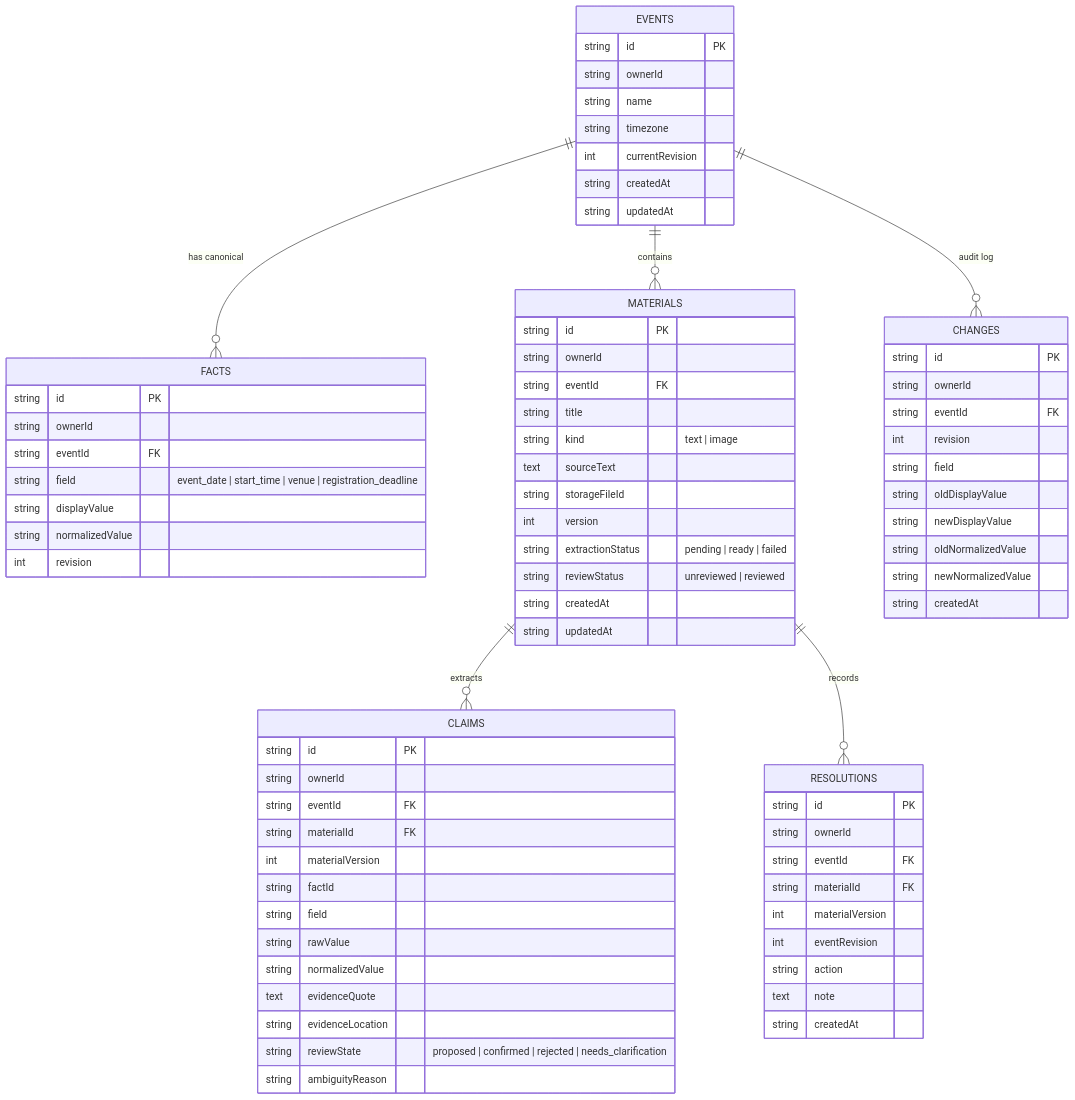
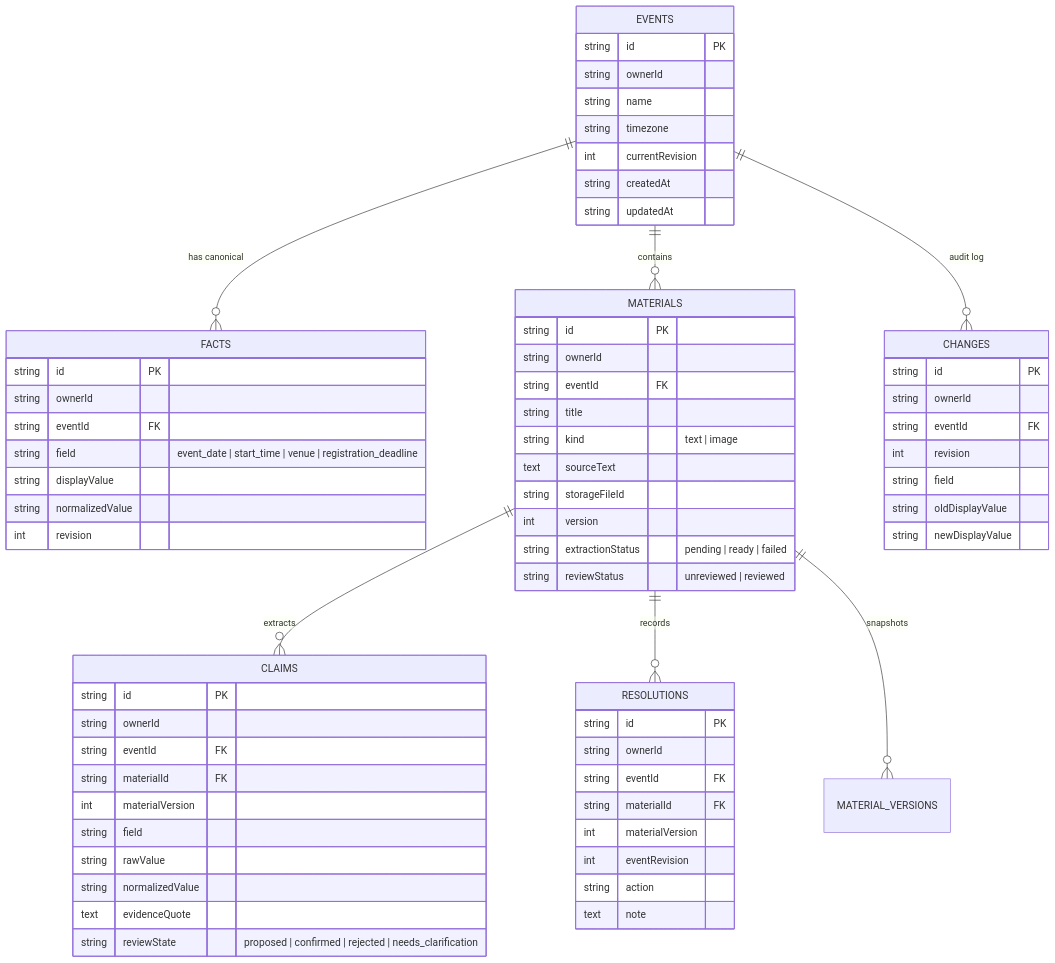
The diagram in README.md (soh4mpawar/ripple-hackathon), drawn with Mermaid before and after one commit. The commit also changed other lines of this file and 8 other files, not shown here.

````diff
--- a/README.md
+++ b/README.md
@@ -53,6 +60,7 @@
     EVENTS ||--o{ CHANGES : "audit log"
     MATERIALS ||--o{ CLAIMS : "extracts"
     MATERIALS ||--o{ RESOLUTIONS : "records"
+    MATERIALS ||--o{ MATERIAL_VERSIONS : "snapshots"
 
     EVENTS {
         string id PK
@@ -85,8 +93,6 @@
         int version
         string extractionStatus "pending | ready | failed"
         string reviewStatus "unreviewed | reviewed"
-        string createdAt
-        string updatedAt
     }
 
     CLAIMS {
@@ -95,14 +101,11 @@
         string eventId FK
         string materialId FK
         int materialVersion
-        string factId
         string field
         string rawValue
         string normalizedValue
         text evidenceQuote
-        string evidenceLocation
         string reviewState "proposed | confirmed | rejected | needs_clarification"
-        string ambiguityReason
     }
 
     CHANGES {
@@ -113,9 +116,6 @@
         string field
         string oldDisplayValue
         string newDisplayValue
-        string oldNormalizedValue
-        string newNormalizedValue
-        string createdAt
     }
 
     RESOLUTIONS {
@@ -127,6 +127,5 @@
         int eventRevision
         string action
         text note
-        string createdAt
     }
 ```
````
